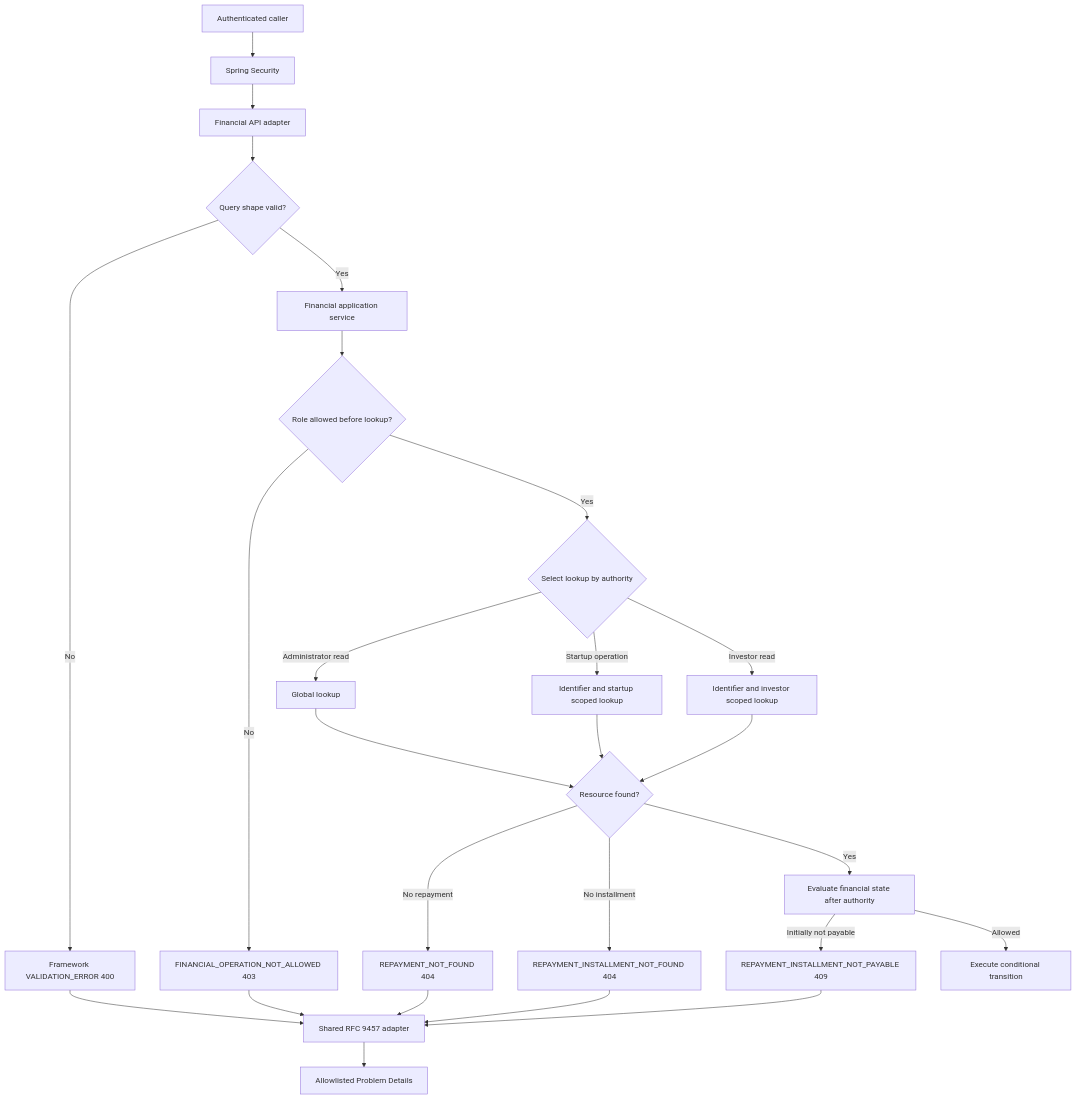
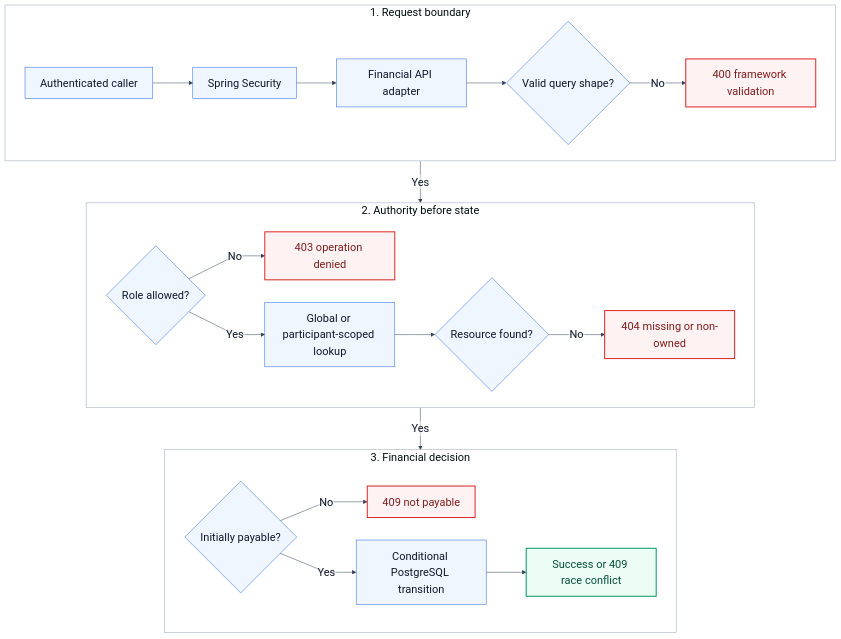
Before and after one commit to kundankumar7/optrabidz: the diagram in docs/error-handling/work-items/KAN-34-repayment-error-migration/assets/repayment-error-boundary.mmd, drawn with Mermaid. The commit also changed other lines of this file and 6 other files, not shown here.

Commit message:
docs: make KAN-34 diagrams reviewable

```diff
--- a/docs/error-handling/work-items/KAN-34-repayment-error-migration/assets/repayment-error-boundary.mmd
+++ b/docs/error-handling/work-items/KAN-34-repayment-error-migration/assets/repayment-error-boundary.mmd
@@ -1,31 +1,31 @@
-flowchart TD
-    U[Authenticated caller] --> S[Spring Security]
-    S --> C[Financial API adapter]
-    C --> V{Query shape valid?}
-    V -->|No| Q[Framework VALIDATION_ERROR 400]
-    V -->|Yes| A[Financial application service]
+%%{init: {"theme":"base","themeVariables":{"fontSize":"22px","fontFamily":"Arial, sans-serif","primaryColor":"#EFF6FF","primaryTextColor":"#0F172A","primaryBorderColor":"#2563EB","lineColor":"#334155","secondaryColor":"#F8FAFC","tertiaryColor":"#FEF2F2","clusterBkg":"#FFFFFF","clusterBorder":"#94A3B8","edgeLabelBackground":"#FFFFFF"},"flowchart":{"htmlLabels":false,"curve":"linear","nodeSpacing":45,"rankSpacing":55}}}%%
+flowchart TB
+    subgraph REQUEST[1. Request boundary]
+        direction LR
+        U[Authenticated caller] --> S[Spring Security]
+        S --> C[Financial API adapter]
+        C --> V{Valid query shape?}
+        V -->|No| E1[400 framework validation]
+    end
 
-    A --> R{Role allowed before lookup?}
-    R -->|No| F[FINANCIAL_OPERATION_NOT_ALLOWED 403]
-    R -->|Yes| L{Select lookup by authority}
+    subgraph AUTHORITY[2. Authority before state]
+        direction LR
+        V -->|Yes| R{Role allowed?}
+        R -->|No| E2[403 operation denied]
+        R -->|Yes| Q[Global or participant-scoped lookup]
+        Q --> F{Resource found?}
+        F -->|No| E3[404 missing or non-owned]
+    end
 
-    L -->|Administrator read| G[Global lookup]
-    L -->|Startup operation| SU[Identifier and startup scoped lookup]
-    L -->|Investor read| IN[Identifier and investor scoped lookup]
+    subgraph BUSINESS[3. Financial decision]
+        direction LR
+        F -->|Yes| P{Initially payable?}
+        P -->|No| E4[409 not payable]
+        P -->|Yes| T[Conditional PostgreSQL transition]
+        T --> O[Success or 409 race conflict]
+    end
 
-    G --> X{Resource found?}
-    SU --> X
-    IN --> X
-    X -->|No repayment| N[REPAYMENT_NOT_FOUND 404]
-    X -->|No installment| NI[REPAYMENT_INSTALLMENT_NOT_FOUND 404]
-    X -->|Yes| B[Evaluate financial state after authority]
-
-    B -->|Initially not payable| P[REPAYMENT_INSTALLMENT_NOT_PAYABLE 409]
-    B -->|Allowed| T[Execute conditional transition]
-
-    Q --> H[Shared RFC 9457 adapter]
-    F --> H
-    N --> H
-    NI --> H
-    P --> H
-    H --> D[Allowlisted Problem Details]
+    classDef error fill:#FEF2F2,stroke:#DC2626,color:#7F1D1D,stroke-width:2px;
+    classDef success fill:#ECFDF5,stroke:#059669,color:#064E3B,stroke-width:2px;
+    class E1,E2,E3,E4 error;
+    class O success;
```
